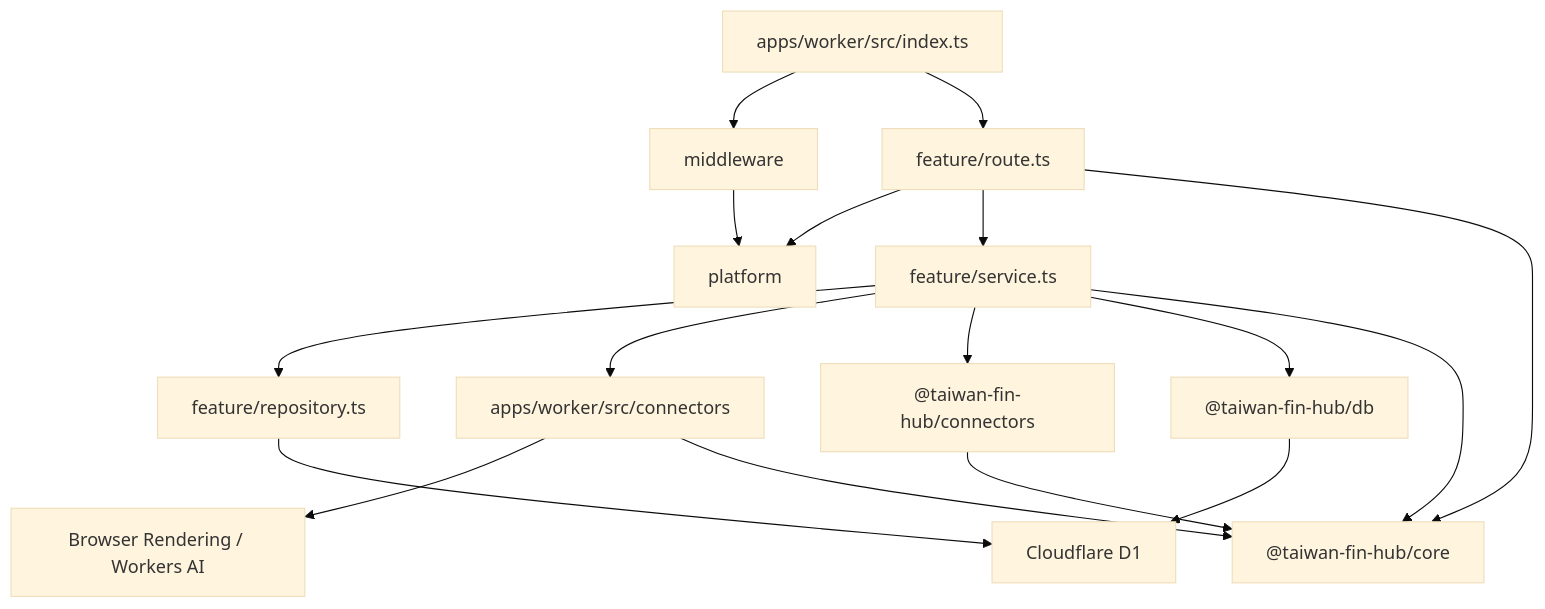
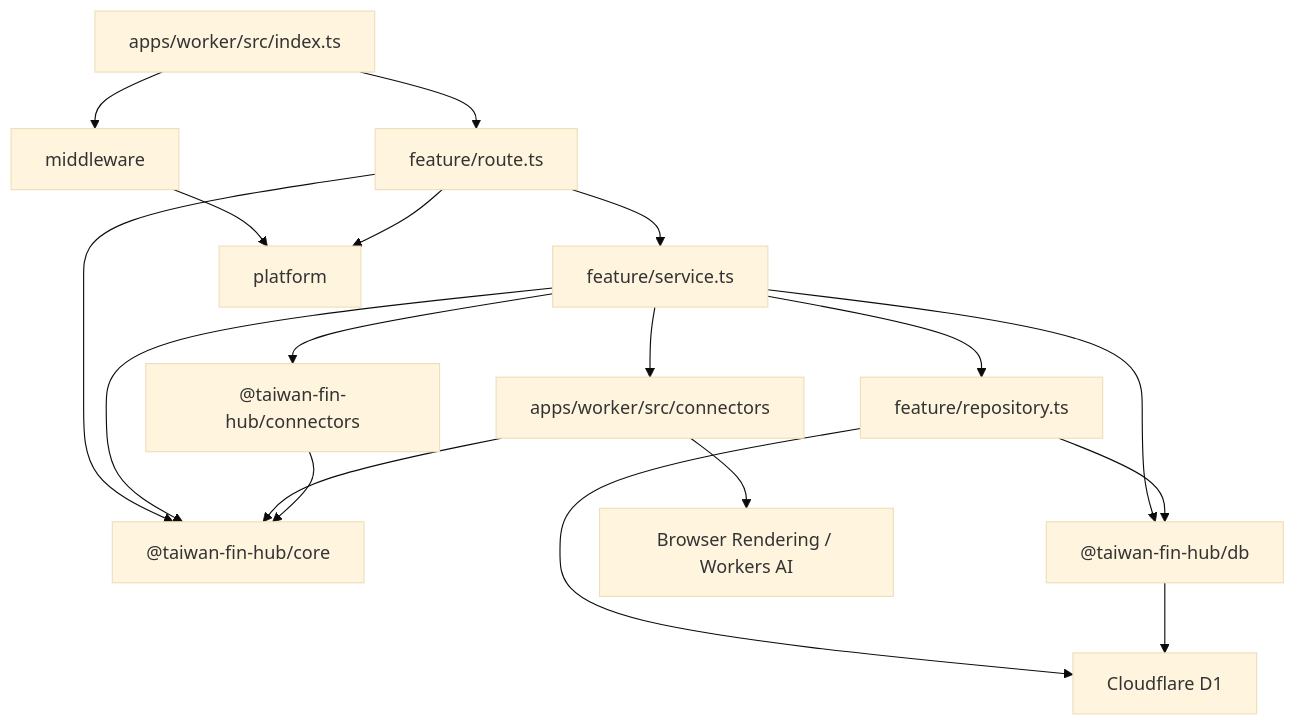
One commit to n56jc8-oss/taiwan-fin-hub changed the first of 2 diagrams in docs/002-backend-architecture.md. Above: the diagram before and after it, drawn with Mermaid (base theme). The commit also changed other lines of this file and 82 other files, not shown here.

````diff
--- a/docs/002-backend-architecture.md
+++ b/docs/002-backend-architecture.md
@@ -54,35 +54,36 @@
 ```mermaid
 flowchart TD
     Index["apps/worker/src/index.ts"]
     Middleware["middleware"]
     FeatureRoute["feature/route.ts"]
     FeatureService["feature/service.ts"]
     FeatureRepository["feature/repository.ts"]
     WorkerConnector["apps/worker/src/connectors"]
     Platform["platform"]
     Core["@taiwan-fin-hub/core"]
     Connectors["@taiwan-fin-hub/connectors"]
     DB["@taiwan-fin-hub/db"]
     D1["Cloudflare D1"]
     Browser["Browser Rendering / Workers AI"]
 
     Index --> Middleware
     Index --> FeatureRoute
 
     Middleware --> Platform
     FeatureRoute --> Platform
     FeatureRoute --> FeatureService
     FeatureService --> FeatureRepository
     FeatureService --> WorkerConnector
     FeatureService --> Connectors
     FeatureService --> DB
 
+    FeatureRepository --> DB
     FeatureRepository --> D1
     DB --> D1
     WorkerConnector --> Browser
 
     FeatureRoute --> Core
     FeatureService --> Core
     WorkerConnector --> Core
     Connectors --> Core
 ```
````
